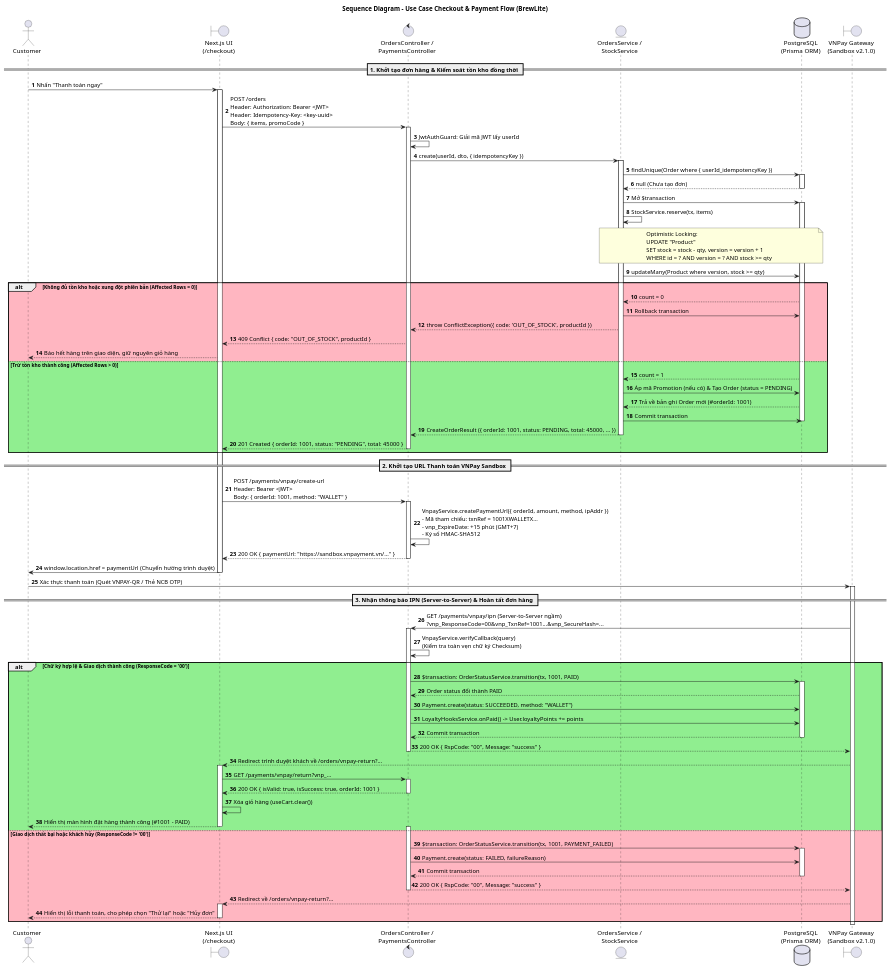
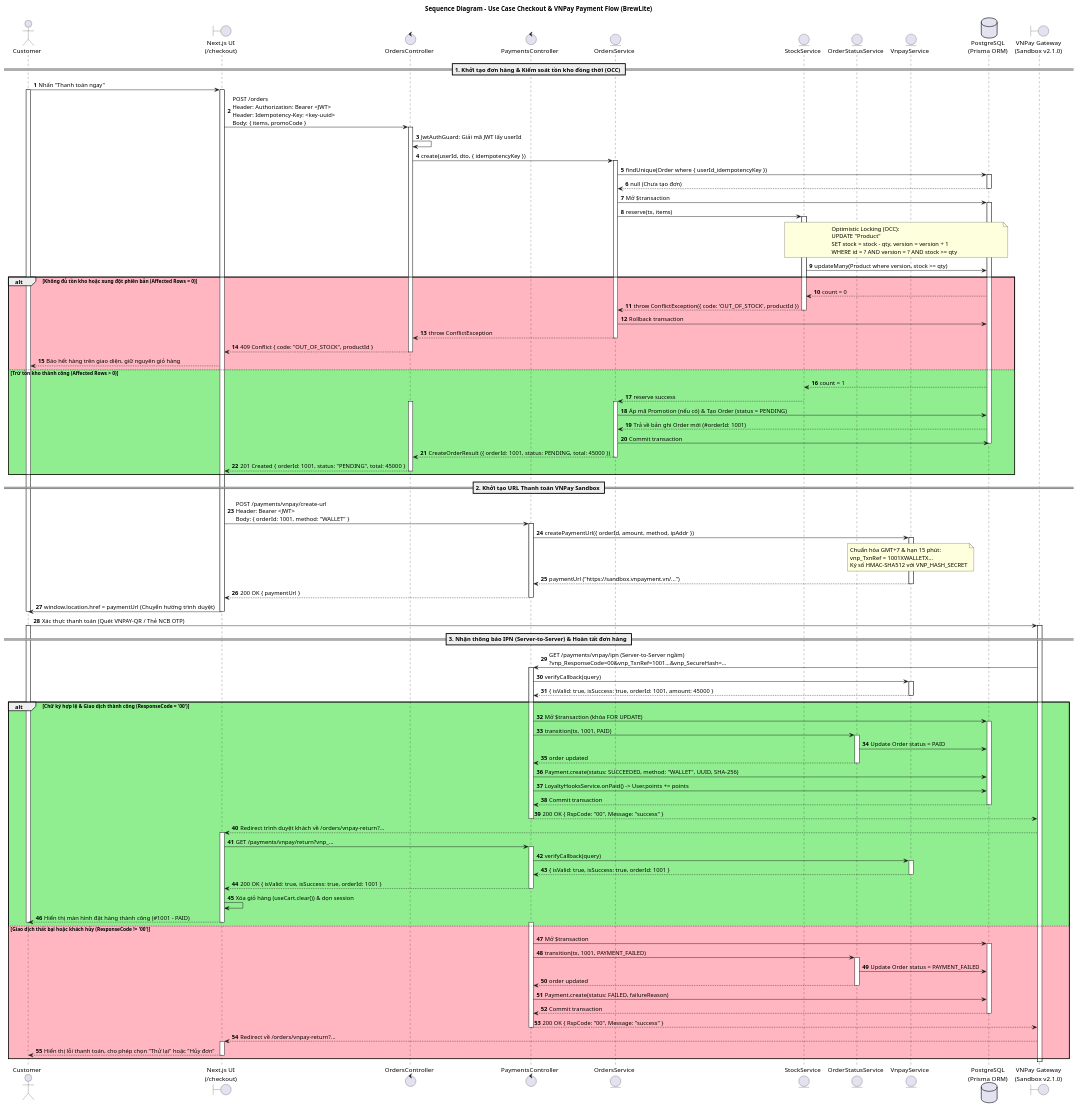
Before and after one commit to Minh628/BrewLite: the diagram in docs/diagrams/sequence-checkout.puml, drawn with PlantUML. The commit also changed 29 other files, not shown here.

First line of the commit message:
docs(diagrams): complete task 2 and task 5 documentation and design diagrams

```diff
--- a/docs/diagrams/sequence-checkout.puml
+++ b/docs/diagrams/sequence-checkout.puml
@@ -1,120 +1,167 @@
 @startuml
 autonumber
-title Sequence Diagram - Use Case Checkout & Payment Flow (BrewLite)
+title Sequence Diagram - Use Case Checkout & VNPay Payment Flow (BrewLite)
 skinparam BoxPadding 10
-skinparam ParticipantPadding 10
+<style>
+participant {
+  Padding 8
+}
+</style>
 
 actor "Customer" as User
 boundary "Next.js UI\n(/checkout)" as FE
-control "OrdersController /\nPaymentsController" as API
-entity "OrdersService /\nStockService" as OS
+control "OrdersController" as OC
+control "PaymentsController" as PC
+entity "OrdersService" as OS
+entity "StockService" as SS
+entity "OrderStatusService" as OStS
+entity "VnpayService" as VS
 database "PostgreSQL\n(Prisma ORM)" as DB
 boundary "VNPay Gateway\n(Sandbox v2.1.0)" as Gateway
 
-== 1. Khởi tạo đơn hàng & Kiểm soát tồn kho đồng thời ==
+== 1. Khởi tạo đơn hàng & Kiểm soát tồn kho đồng thời (OCC) ==
 
 User -> FE: Nhấn "Thanh toán ngay"
+activate User
 activate FE
 
-FE -> API: POST /orders\nHeader: Authorization: Bearer <JWT>\nHeader: Idempotency-Key: <key-uuid>\nBody: { items, promoCode }
-activate API
+FE -> OC: POST /orders\nHeader: Authorization: Bearer <JWT>\nHeader: Idempotency-Key: <key-uuid>\nBody: { items, promoCode }
+activate OC
 
-API -> API: JwtAuthGuard: Giải mã JWT lấy userId
-API -> OS: create(userId, dto, { idempotencyKey })
+OC -> OC: JwtAuthGuard: Giải mã JWT lấy userId
+OC -> OS: create(userId, dto, { idempotencyKey })
 activate OS
 
 OS -> DB: findUnique(Order where { userId_idempotencyKey })
 activate DB
 DB --> OS: null (Chưa tạo đơn)
 deactivate DB
 
 OS -> DB: Mở $transaction
 activate DB
 
-OS -> OS: StockService.reserve(tx, items)
-note over OS, DB
-  Optimistic Locking:
+OS -> SS: reserve(tx, items)
+activate SS
+note over SS, DB
+  Optimistic Locking (OCC):
   UPDATE "Product"
   SET stock = stock - qty, version = version + 1
   WHERE id = ? AND version = ? AND stock >= qty
 end note
 
-OS -> DB: updateMany(Product where version, stock >= qty)
+SS -> DB: updateMany(Product where version, stock >= qty)
 alt #LightPink Không đủ tồn kho hoặc xung đột phiên bản (Affected Rows = 0)
-    DB --> OS: count = 0
+    DB --> SS: count = 0
+    SS --> OS: throw ConflictException({ code: 'OUT_OF_STOCK', productId })
+    deactivate SS
     OS -> DB: Rollback transaction
-    OS --> API: throw ConflictException({ code: 'OUT_OF_STOCK', productId })
-    API --> FE: 409 Conflict { code: "OUT_OF_STOCK", productId }
+    OS --> OC: throw ConflictException
+    deactivate OS
+    OC --> FE: 409 Conflict { code: "OUT_OF_STOCK", productId }
+    deactivate OC
     FE --> User: Báo hết hàng trên giao diện, giữ nguyên giỏ hàng
 else #LightGreen Trừ tồn kho thành công (Affected Rows > 0)
-    DB --> OS: count = 1
+    DB --> SS: count = 1
+    SS --> OS: reserve success
+    deactivate SS
+    activate OS
+    activate OC
     OS -> DB: Áp mã Promotion (nếu có) & Tạo Order (status = PENDING)
     DB --> OS: Trả về bản ghi Order mới (#orderId: 1001)
     OS -> DB: Commit transaction
     deactivate DB
-    OS --> API: CreateOrderResult ({ orderId: 1001, status: PENDING, total: 45000, ... })
+    OS --> OC: CreateOrderResult ({ orderId: 1001, status: PENDING, total: 45000 })
     deactivate OS
-    API --> FE: 201 Created { orderId: 1001, status: "PENDING", total: 45000 }
-    deactivate API
+    OC --> FE: 201 Created { orderId: 1001, status: "PENDING", total: 45000 }
+    deactivate OC
 end
 
 == 2. Khởi tạo URL Thanh toán VNPay Sandbox ==
 
-FE -> API: POST /payments/vnpay/create-url\nHeader: Bearer <JWT>\nBody: { orderId: 1001, method: "WALLET" }
-activate API
+FE -> PC: POST /payments/vnpay/create-url\nHeader: Bearer <JWT>\nBody: { orderId: 1001, method: "WALLET" }
+activate PC
 
-API -> API: VnpayService.createPaymentUrl({ orderId, amount, method, ipAddr })\n- Mã tham chiếu: txnRef = 1001XWALLETX...\n- vnp_ExpireDate: +15 phút (GMT+7)\n- Ký số HMAC-SHA512
-API --> FE: 200 OK { paymentUrl: "https://sandbox.vnpayment.vn/..." }
-deactivate API
+PC -> VS: createPaymentUrl({ orderId, amount, method, ipAddr })
+activate VS
+note over VS
+  Chuẩn hóa GMT+7 & hạn 15 phút:
+  vnp_TxnRef = 1001XWALLETX...
+  Ký số HMAC-SHA512 với VNP_HASH_SECRET
+end note
+VS --> PC: paymentUrl ("https://sandbox.vnpayment.vn/...")
+deactivate VS
+
+PC --> FE: 200 OK { paymentUrl }
+deactivate PC
 
 FE -> User: window.location.href = paymentUrl (Chuyển hướng trình duyệt)
 deactivate FE
+deactivate User
 
 User -> Gateway: Xác thực thanh toán (Quét VNPAY-QR / Thẻ NCB OTP)
+activate User
 activate Gateway
 
 == 3. Nhận thông báo IPN (Server-to-Server) & Hoàn tất đơn hàng ==
 
-Gateway -> API: GET /payments/vnpay/ipn (Server-to-Server ngầm)\n?vnp_ResponseCode=00&vnp_TxnRef=1001...&vnp_SecureHash=...
-activate API
+Gateway -> PC: GET /payments/vnpay/ipn (Server-to-Server ngầm)\n?vnp_ResponseCode=00&vnp_TxnRef=1001...&vnp_SecureHash=...
+activate PC
 
-API -> API: VnpayService.verifyCallback(query)\n(Kiểm tra toàn vẹn chữ ký Checksum)
+PC -> VS: verifyCallback(query)
+activate VS
+VS --> PC: { isValid: true, isSuccess: true, orderId: 1001, amount: 45000 }
+deactivate VS
 
 alt #LightGreen Chữ ký hợp lệ & Giao dịch thành công (ResponseCode = '00')
-    API -> DB: $transaction: OrderStatusService.transition(tx, 1001, PAID)
+    PC -> DB: Mở $transaction (khóa FOR UPDATE)
     activate DB
-    DB --> API: Order status đổi thành PAID
-    API -> DB: Payment.create(status: SUCCEEDED, method: "WALLET")
-    API -> DB: LoyaltyHooksService.onPaid() -> User.loyaltyPoints += points
-    DB --> API: Commit transaction
+    PC -> OStS: transition(tx, 1001, PAID)
+    activate OStS
+    OStS -> DB: Update Order status = PAID
+    OStS --> PC: order updated
+    deactivate OStS
+    PC -> DB: Payment.create(status: SUCCEEDED, method: "WALLET", UUID, SHA-256)
+    PC -> DB: LoyaltyHooksService.onPaid() -> User.points += points
+    DB --> PC: Commit transaction
     deactivate DB
-    API --> Gateway: 200 OK { RspCode: "00", Message: "success" }
-    deactivate API
+    PC --> Gateway: 200 OK { RspCode: "00", Message: "success" }
+    deactivate PC
 
     Gateway --> FE: Redirect trình duyệt khách về /orders/vnpay-return?...
     activate FE
-    FE -> API: GET /payments/vnpay/return?vnp_...
-    activate API
-    API --> FE: 200 OK { isValid: true, isSuccess: true, orderId: 1001 }
-    deactivate API
-    FE -> FE: Xóa giỏ hàng (useCart.clear())
+    FE -> PC: GET /payments/vnpay/return?vnp_...
+    activate PC
+    PC -> VS: verifyCallback(query)
+    activate VS
+    VS --> PC: { isValid: true, isSuccess: true, orderId: 1001 }
+    deactivate VS
+    PC --> FE: 200 OK { isValid: true, isSuccess: true, orderId: 1001 }
+    deactivate PC
+    FE -> FE: Xóa giỏ hàng (useCart.clear()) & dọn session
     FE --> User: Hiển thị màn hình đặt hàng thành công (#1001 - PAID)
     deactivate FE
+    deactivate User
 else #LightPink Giao dịch thất bại hoặc khách hủy (ResponseCode != '00')
-    activate API
-    API -> DB: $transaction: OrderStatusService.transition(tx, 1001, PAYMENT_FAILED)
+    activate PC
+    PC -> DB: Mở $transaction
     activate DB
-    API -> DB: Payment.create(status: FAILED, failureReason)
-    DB --> API: Commit transaction
+    PC -> OStS: transition(tx, 1001, PAYMENT_FAILED)
+    activate OStS
+    OStS -> DB: Update Order status = PAYMENT_FAILED
+    OStS --> PC: order updated
+    deactivate OStS
+    PC -> DB: Payment.create(status: FAILED, failureReason)
+    DB --> PC: Commit transaction
     deactivate DB
-    API --> Gateway: 200 OK { RspCode: "00", Message: "success" }
-    deactivate API
+    PC --> Gateway: 200 OK { RspCode: "00", Message: "success" }
+    deactivate PC
 
     Gateway --> FE: Redirect về /orders/vnpay-return?...
     activate FE
     FE --> User: Hiển thị lỗi thanh toán, cho phép chọn "Thử lại" hoặc "Hủy đơn"
     deactivate FE
+    deactivate User
 end
 
 deactivate Gateway
 @enduml
```
